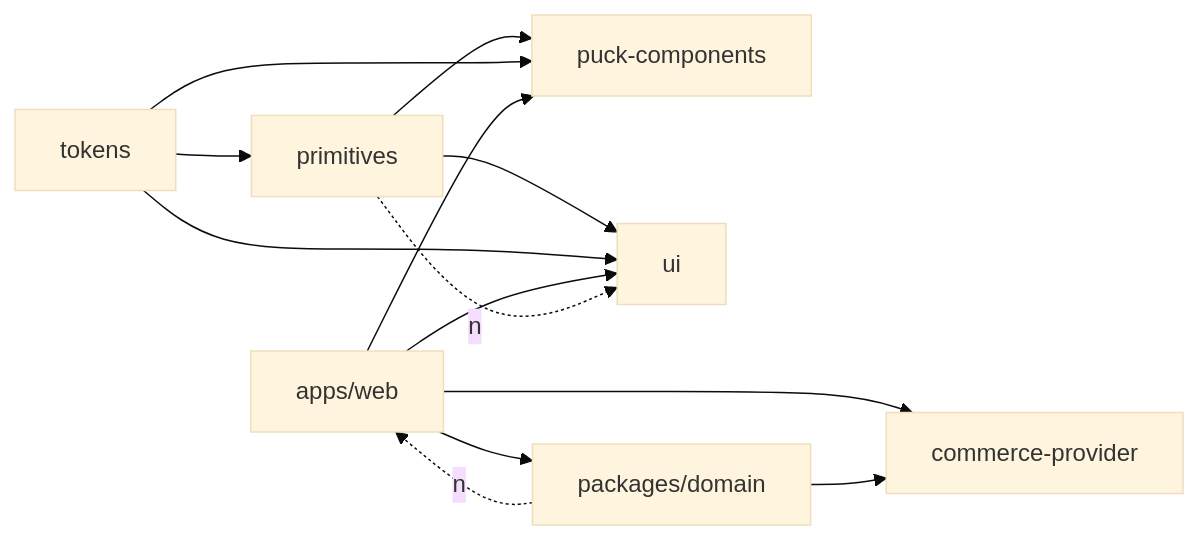
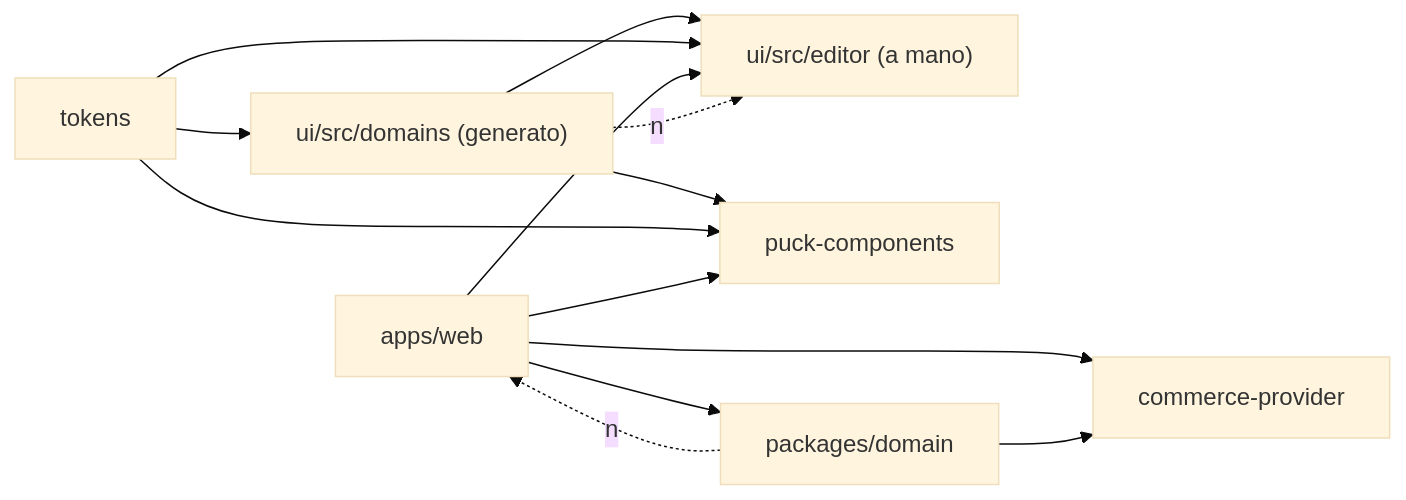
Before and after one commit to AlessandroPaciello/page-builder: the second of 2 diagrams in _bmad-output/planning-artifacts/architecture/architecture-page-builder-2026-07-25/ARCHITECTURE-SPINE.md, drawn with Mermaid (base theme). The commit also changed other lines of this file and 10 other files, not shown here.

Commit message:
bmad(architecture)[bmad:1.1]: applica la revisione di AD-11 a spine, spec ed epics

````diff
--- a/_bmad-output/planning-artifacts/architecture/architecture-page-builder-2026-07-25/ARCHITECTURE-SPINE.md
+++ b/_bmad-output/planning-artifacts/architecture/architecture-page-builder-2026-07-25/ARCHITECTURE-SPINE.md
@@ -65,15 +65,15 @@
 ```mermaid
 graph LR
-  tokens --> primitives
-  primitives --> puck[puck-components]
-  primitives --> ui
+  tokens --> domains["ui/src/domains (generato)"]
+  domains --> editor["ui/src/editor (a mano)"]
+  domains --> puck[puck-components]
   tokens --> puck
-  tokens --> ui
-  web[apps/web] --> ui
+  tokens --> editor
+  web[apps/web] --> editor
   web --> puck
   web --> core[packages/domain]
   web --> commerce[commerce-provider]
   core --> commerce
   core -.no.-> web
-  primitives -.no.-> ui
+  domains -.no.-> editor
 ```
````
